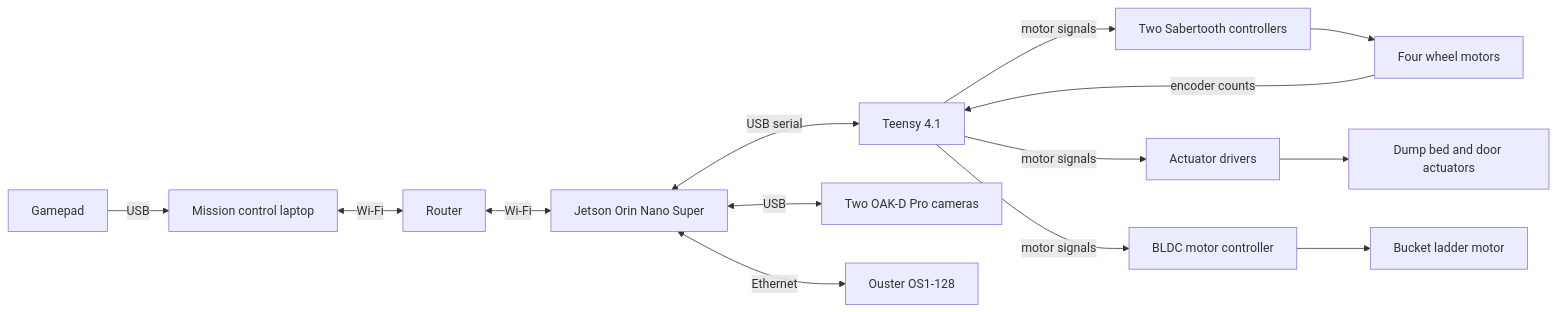
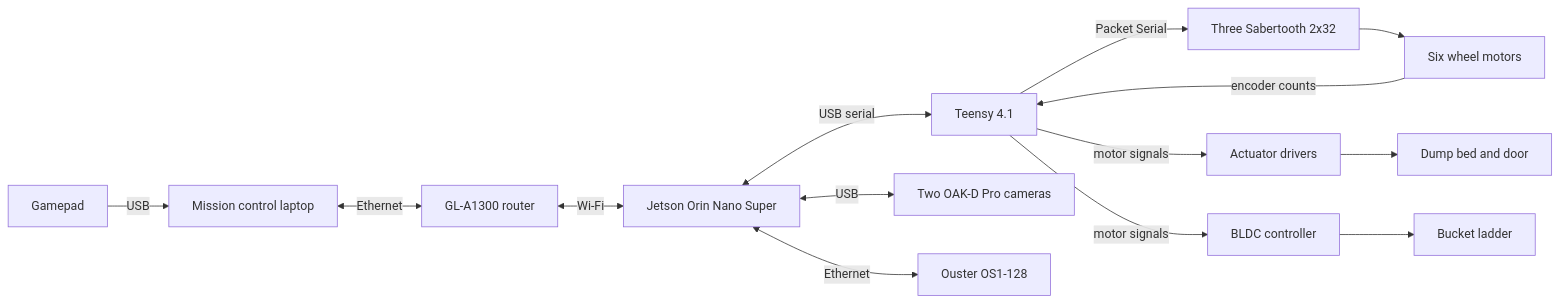
Before and after one commit to InnovaRobotics/innex-1: the first of 2 diagrams in docs/system-design.md, drawn with Mermaid. The commit also changed other lines of this file and 31 other files, not shown here.

````diff
--- a/docs/system-design.md
+++ b/docs/system-design.md
@@ -34,16 +34,16 @@
 ```mermaid
 flowchart LR
     gamepad["Gamepad"] -->|USB| laptop["Mission control laptop"]
-    laptop <-->|Wi-Fi| router["Router"]
+    laptop <-->|Ethernet| router["GL-A1300 router"]
     router <-->|Wi-Fi| jetson["Jetson Orin Nano Super"]
     jetson <-->|USB serial| teensy["Teensy 4.1"]
     jetson <-->|USB| oak["Two OAK-D Pro cameras"]
     jetson <-->|Ethernet| ouster["Ouster OS1-128"]
-    teensy -->|motor signals| sabertooth["Two Sabertooth controllers"]
+    teensy -->|Packet Serial| sabertooth["Three Sabertooth 2x32"]
     teensy -->|motor signals| drivers["Actuator drivers"]
-    teensy -->|motor signals| bldc["BLDC motor controller"]
-    drivers --> actuators["Dump bed and door actuators"]
-    bldc --> ladder["Bucket ladder motor"]
-    sabertooth --> wheels["Four wheel motors"]
+    teensy -->|motor signals| bldc["BLDC controller"]
+    drivers --> actuators["Dump bed and door"]
+    bldc --> ladder["Bucket ladder"]
+    sabertooth --> wheels["Six wheel motors"]
     wheels -->|encoder counts| teensy
 ```
````
